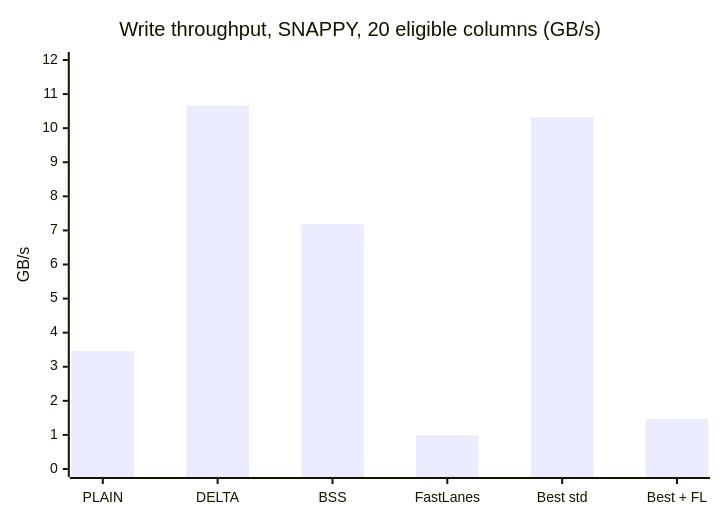
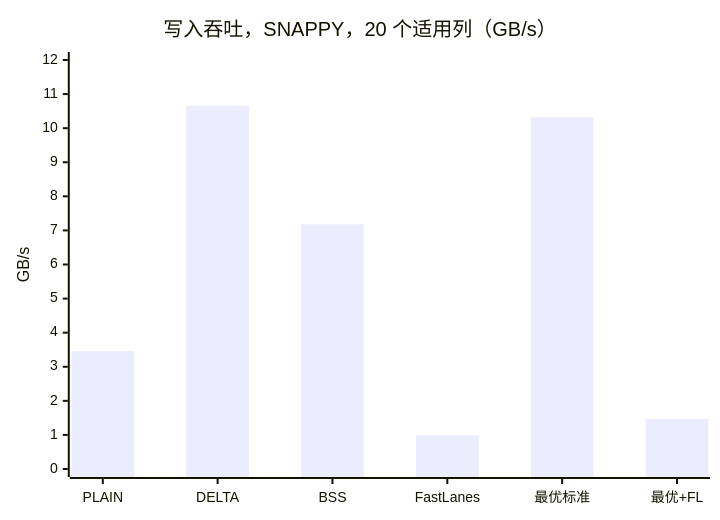
The first of 2 diagrams in cpp/examples/parquet_io/docs/fastlanes/FASTLANES_TPCH_SF100_BENCHMARK_2026-09-27.md (qbacpey/cudf), drawn with Mermaid before and after one commit. The commit also changed other lines of this file and 3 other files, not shown here.

First line of the commit message:
Translate FastLanes reports to Chinese and add their canvases

````diff
--- a/cpp/examples/parquet_io/docs/fastlanes/FASTLANES_TPCH_SF100_BENCHMARK_2026-09-27.md
+++ b/cpp/examples/parquet_io/docs/fastlanes/FASTLANES_TPCH_SF100_BENCHMARK_2026-09-27.md
@@ -213,7 +182,7 @@
 ```mermaid
 xychart-beta
-    title "Write throughput, SNAPPY, 20 eligible columns (GB/s)"
-    x-axis ["PLAIN", "DELTA", "BSS", "FastLanes", "Best std", "Best + FL"]
+    title "写入吞吐，SNAPPY，20 个适用列（GB/s）"
+    x-axis ["PLAIN", "DELTA", "BSS", "FastLanes", "最优标准", "最优+FL"]
     y-axis "GB/s" 0 --> 12
     bar [3.46, 10.66, 7.18, 0.99, 10.32, 1.47]
 ```
````
